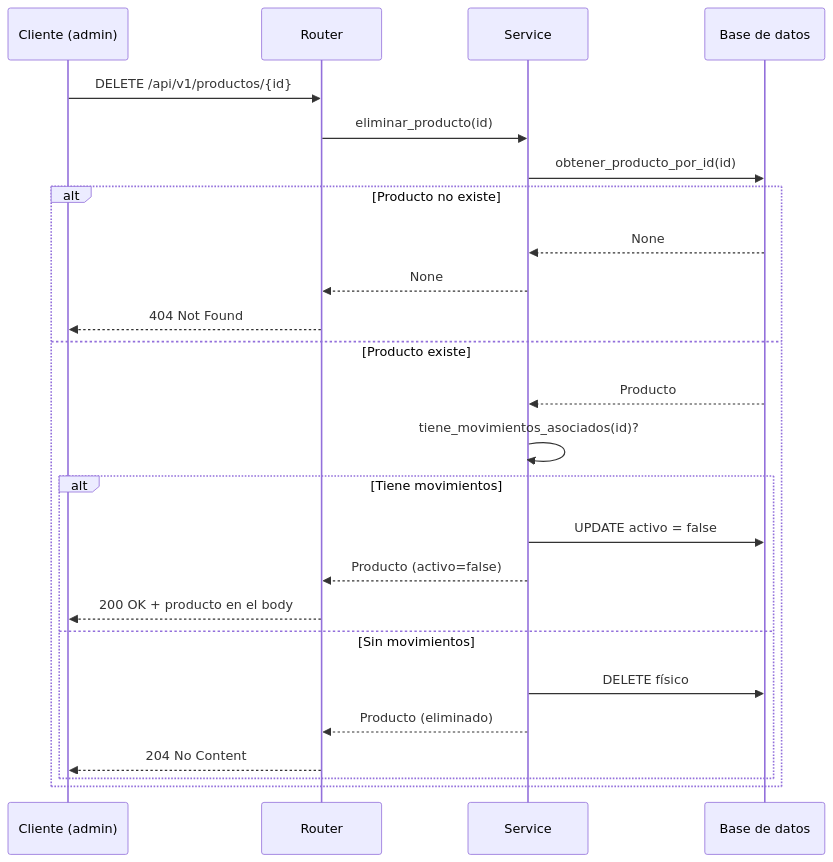
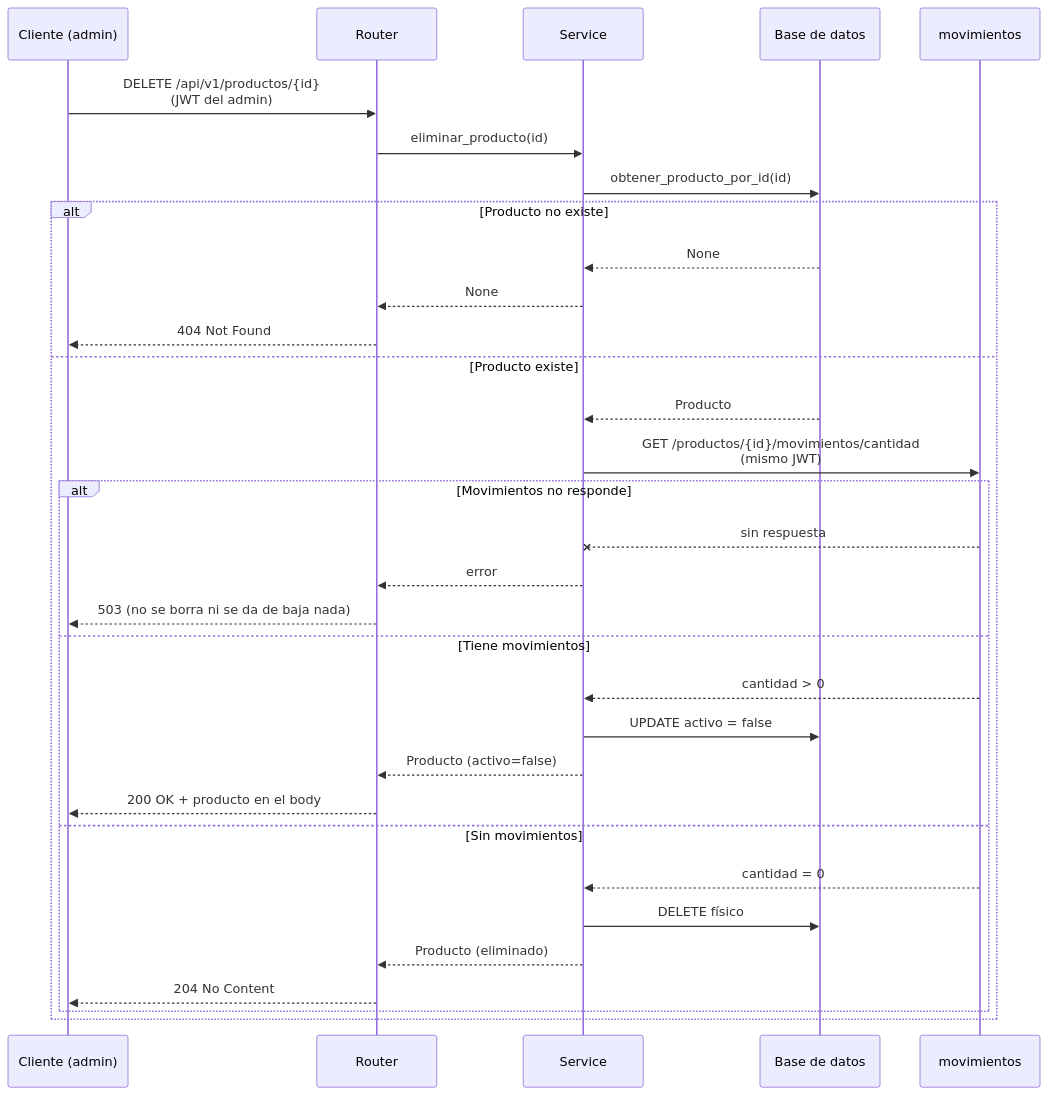
The sixth of 6 diagrams in docs/ARQUITECTURA.md (sebasado77062/Gestor_de_stock_jugueteria), drawn with Mermaid before and after one commit. The commit also changed other lines of this file and 7 other files, not shown here.

````diff
--- a/docs/ARQUITECTURA.md
+++ b/docs/ARQUITECTURA.md
@@ -231,28 +267,35 @@
 ```mermaid
 sequenceDiagram
     participant C as Cliente (admin)
     participant R as Router
     participant S as Service
     participant DB as Base de datos
+    participant MOV as movimientos
 
-    C->>R: DELETE /api/v1/productos/{id}
+    C->>R: DELETE /api/v1/productos/{id}<br/>(JWT del admin)
     R->>S: eliminar_producto(id)
     S->>DB: obtener_producto_por_id(id)
     alt Producto no existe
         DB-->>S: None
         S-->>R: None
         R-->>C: 404 Not Found
     else Producto existe
         DB-->>S: Producto
-        S->>S: tiene_movimientos_asociados(id)?
-        alt Tiene movimientos
+        S->>MOV: GET /productos/{id}/movimientos/cantidad<br/>(mismo JWT)
+        alt Movimientos no responde
+            MOV--xS: sin respuesta
+            S-->>R: error
+            R-->>C: 503 (no se borra ni se da de baja nada)
+        else Tiene movimientos
+            MOV-->>S: cantidad > 0
             S->>DB: UPDATE activo = false
             S-->>R: Producto (activo=false)
             R-->>C: 200 OK + producto en el body
         else Sin movimientos
+            MOV-->>S: cantidad = 0
             S->>DB: DELETE físico
             S-->>R: Producto (eliminado)
             R-->>C: 204 No Content
         end
     end
 ```
````
